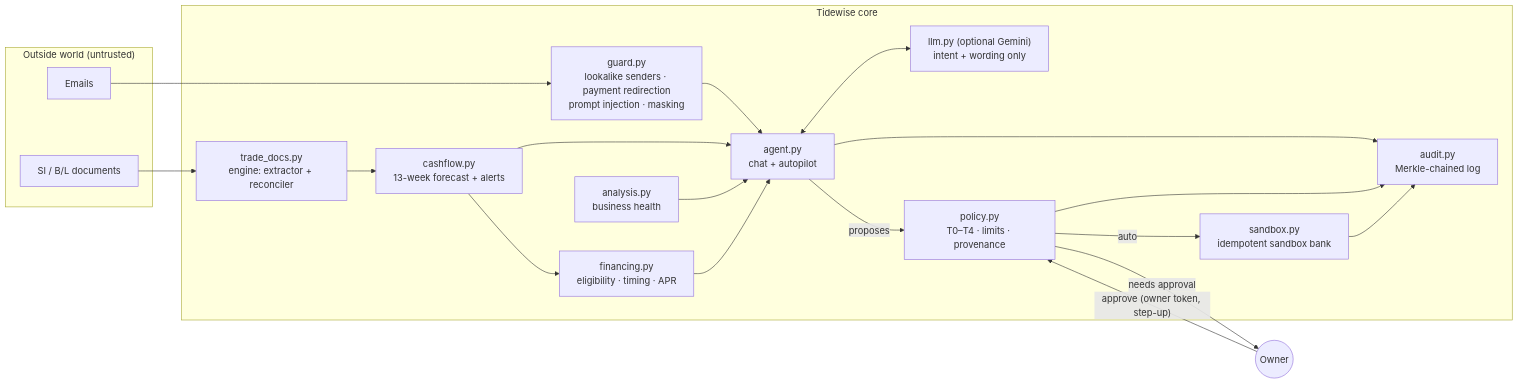
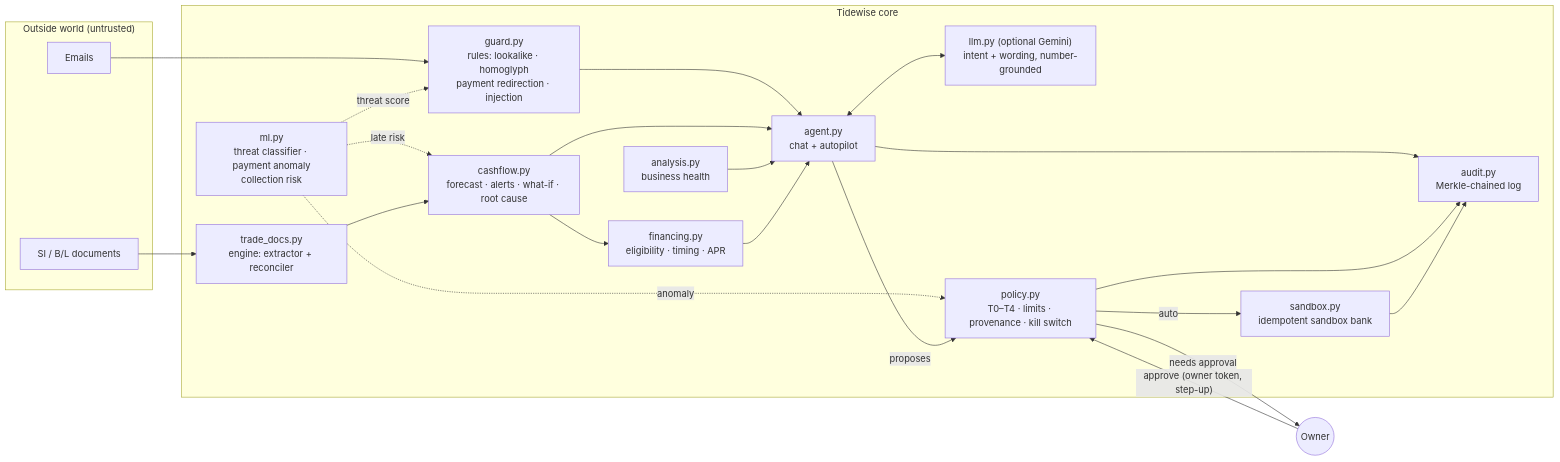
One commit to laijoelton/tidewise-copilot changed the diagram in README.md. Above: the diagram before and after it, drawn with Mermaid. The commit also changed other lines of this file and 21 other files, not shown here.

First line of the commit message:
feat(ml): threat classifier, payment anomaly detector, collection-risk predictor

````diff
--- a/README.md
+++ b/README.md
@@ -52,31 +73,35 @@
 ```mermaid
 flowchart LR
     subgraph Outside["Outside world (untrusted)"]
         MAIL[Emails]
         DOCS[SI / B/L documents]
     end
     subgraph Core["Tidewise core"]
-        GUARD["guard.py<br/>lookalike senders · payment redirection<br/>prompt injection · masking"]
+        GUARD["guard.py<br/>rules: lookalike · homoglyph<br/>payment redirection · injection"]
+        ML["ml.py<br/>threat classifier · payment anomaly<br/>collection risk"]
         TD["trade_docs.py<br/>engine: extractor + reconciler"]
-        CF["cashflow.py<br/>13-week forecast + alerts"]
+        CF["cashflow.py<br/>forecast · alerts · what-if · root cause"]
         AN["analysis.py<br/>business health"]
         FIN["financing.py<br/>eligibility · timing · APR"]
         AGENT["agent.py<br/>chat + autopilot"]
-        LLM["llm.py (optional Gemini)<br/>intent + wording only"]
-        POL["policy.py<br/>T0–T4 · limits · provenance"]
+        LLM["llm.py (optional Gemini)<br/>intent + wording, number-grounded"]
+        POL["policy.py<br/>T0–T4 · limits · provenance · kill switch"]
         SB["sandbox.py<br/>idempotent sandbox bank"]
         AUD["audit.py<br/>Merkle-chained log"]
     end
     OWNER(("Owner"))
     MAIL --> GUARD --> AGENT
+    ML -. threat score .-> GUARD
+    ML -. anomaly .-> POL
+    ML -. late risk .-> CF
     DOCS --> TD --> CF --> FIN
     CF --> AGENT
     AN --> AGENT
     FIN --> AGENT
     AGENT <--> LLM
     AGENT -- proposes --> POL
     POL -- auto --> SB
     POL -- needs approval --> OWNER
     OWNER -- "approve (owner token, step-up)" --> POL
     AGENT & POL & SB --> AUD
 ```
````
